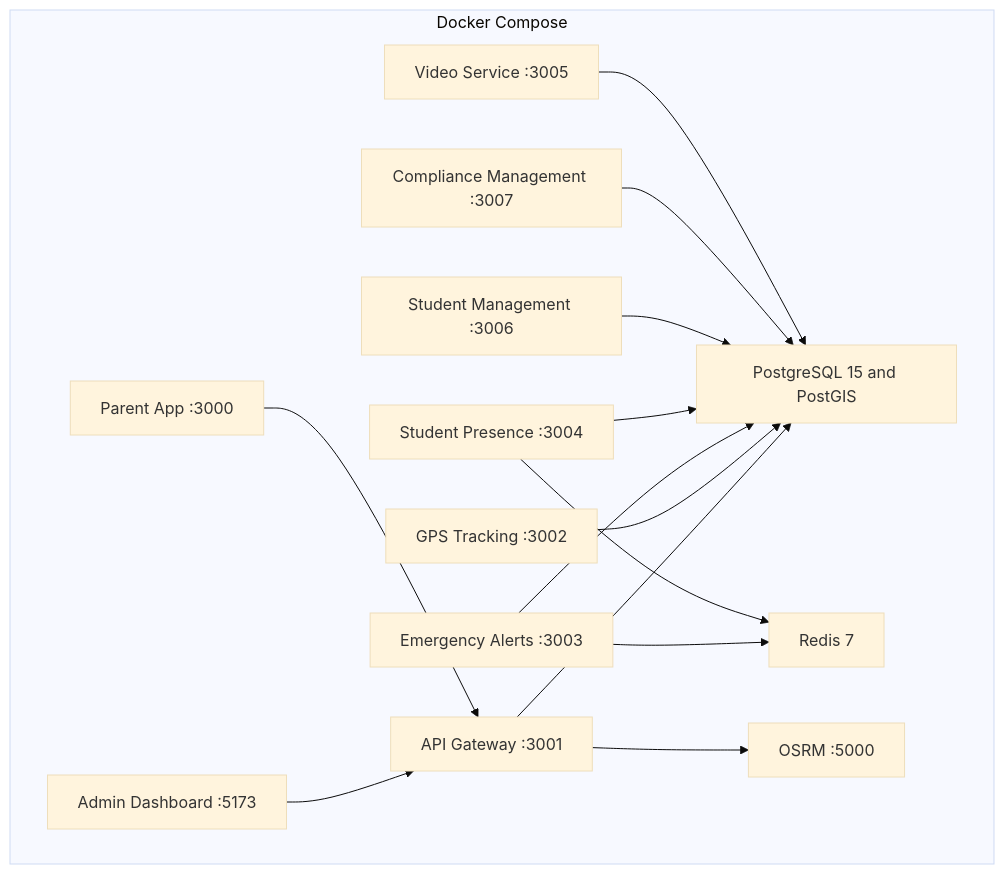
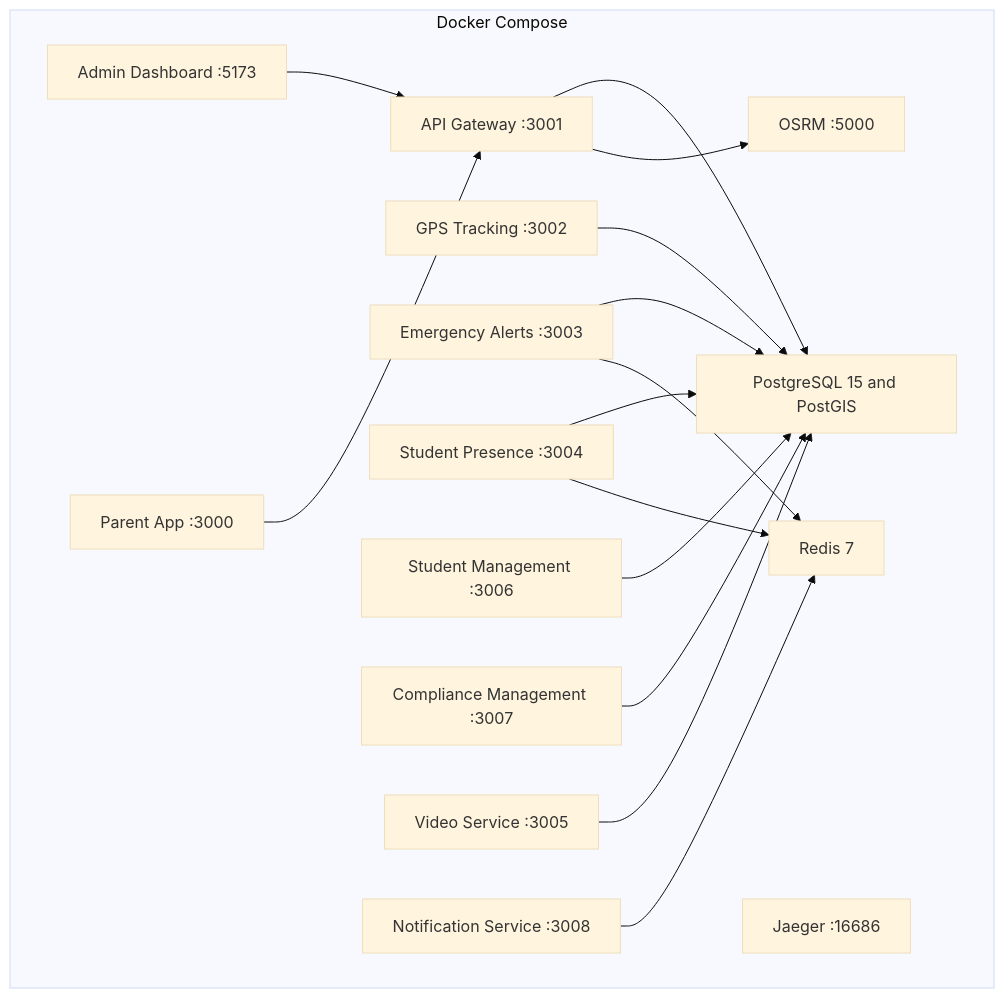
The first of 2 diagrams in docs/Design/DeploymentArchitecture.md (arvinddhasmana/SBTM), drawn with Mermaid (base theme) before and after one commit. The commit also changed other lines of this file and 94 other files, not shown here.

````diff
--- a/docs/Design/DeploymentArchitecture.md
+++ b/docs/Design/DeploymentArchitecture.md
@@ -24,30 +26,33 @@
 ```mermaid
 flowchart TB
     subgraph Docker Compose
         PG[PostgreSQL 15 and PostGIS]
         Redis[Redis 7]
         OSRM[OSRM :5000]
         Gateway[API Gateway :3001]
         GPS[GPS Tracking :3002]
         Alerts[Emergency Alerts :3003]
         Presence[Student Presence :3004]
         Video[Video Service :3005]
         Students[Student Management :3006]
         Compliance[Compliance Management :3007]
+        Notify[Notification Service :3008]
         Admin[Admin Dashboard :5173]
         Parent[Parent App :3000]
+        Jaeger[Jaeger :16686]
     end
 
     Gateway --> PG
     GPS --> PG
     Alerts --> PG
     Alerts --> Redis
     Presence --> PG
     Presence --> Redis
     Students --> PG
     Compliance --> PG
     Video --> PG
+    Notify --> Redis
     Admin --> Gateway
     Parent --> Gateway
     Gateway --> OSRM
 ```
````
